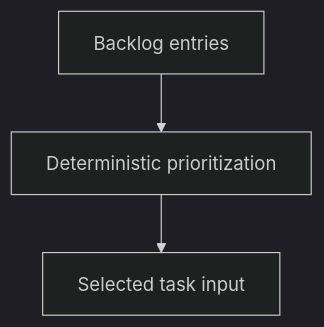
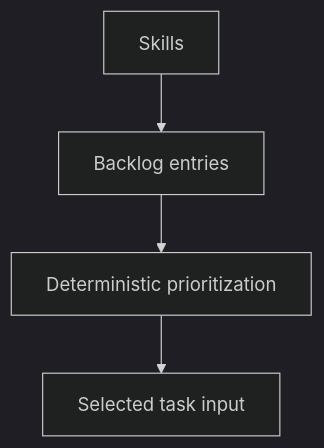
Before and after one commit to abstract-business-systems/as-is: the diagram in skills/managing-backlog/as-is.md, drawn with Mermaid (dark theme). The commit also changed other lines of this file and 16 other files, not shown here.

Commit message:
docs(skills): add parent navigation to component records

````diff
--- a/skills/managing-backlog/as-is.md
+++ b/skills/managing-backlog/as-is.md
@@ -14,5 +16,7 @@
 ```mermaid
 flowchart TD
-    A["Backlog entries"] --> B["Deterministic prioritization"]
+    Parent["Skills"] --> A["Backlog entries"] --> B["Deterministic prioritization"]
     B --> C["Selected task input"]
+
+    click Parent href "../as-is.md#design" "Open Skills design"
 ```
````
